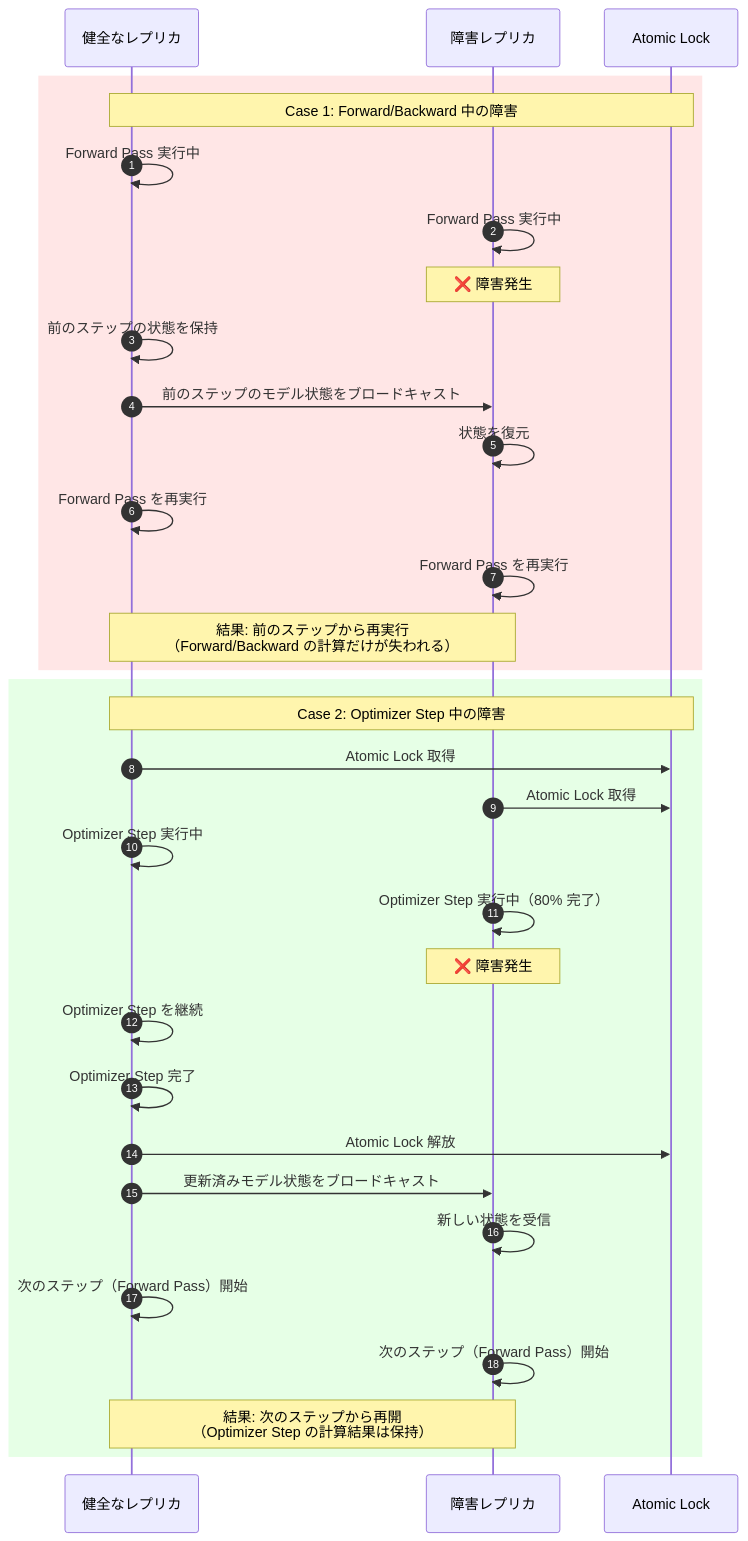
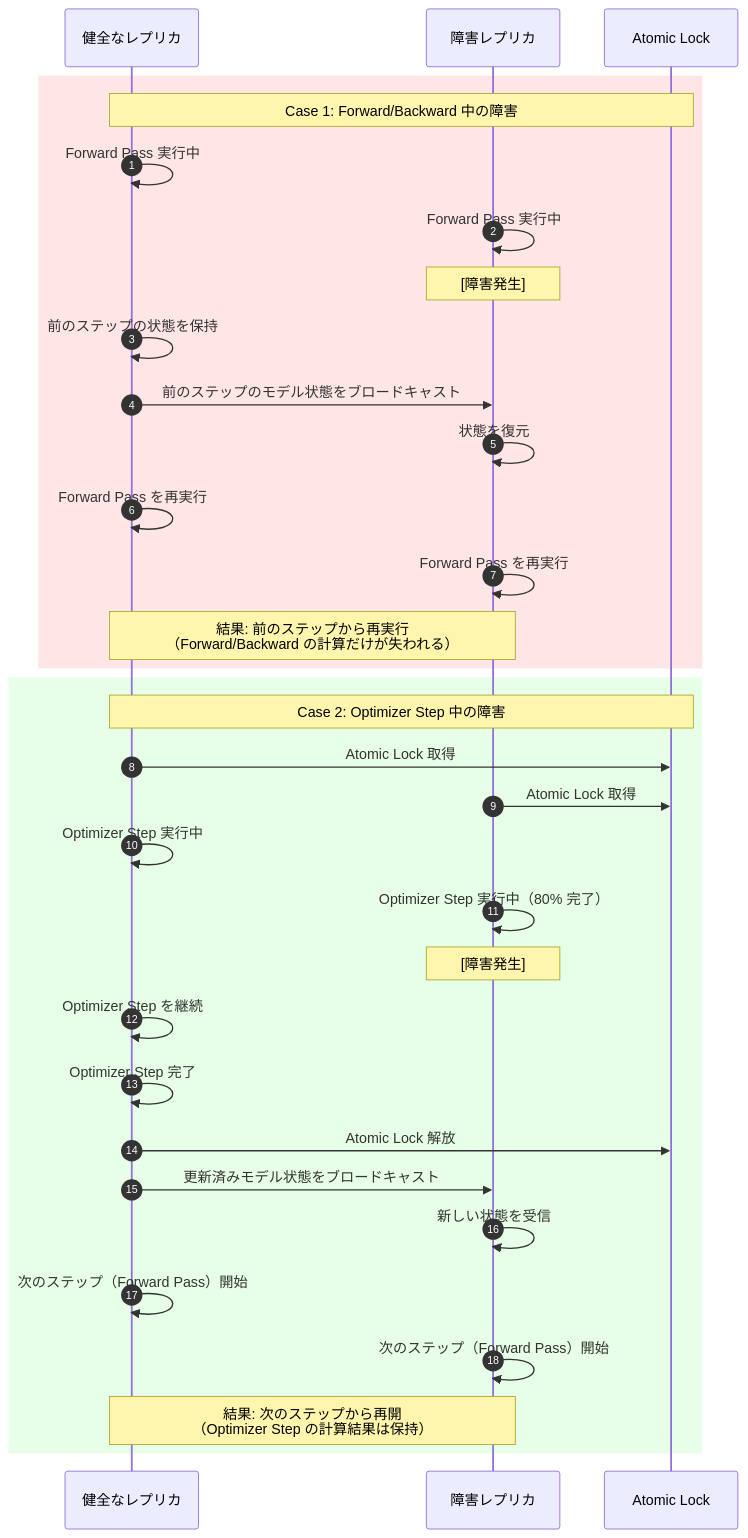
One commit to littlemex/zenn changed the fourth of 6 diagrams in articles/45a746434b2090.md. Above: the diagram before and after it, drawn with Mermaid. The commit also changed other lines of this file, not shown here.

````diff
--- a/articles/45a746434b2090.md
+++ b/articles/45a746434b2090.md
@@ -405,37 +387,37 @@
 ```mermaid
 sequenceDiagram
     autonumber
     participant R1 as 健全なレプリカ
     participant R2 as 障害レプリカ
     participant Lock as Atomic Lock
 
     rect rgb(255, 230, 230)
         Note over R1, Lock: Case 1: Forward/Backward 中の障害
         R1->>R1: Forward Pass 実行中
         R2->>R2: Forward Pass 実行中
-        Note over R2: ❌ 障害発生
+        Note over R2: [障害発生]
         R1->>R1: 前のステップの状態を保持
         R1->>R2: 前のステップのモデル状態をブロードキャスト
         R2->>R2: 状態を復元
         R1->>R1: Forward Pass を再実行
         R2->>R2: Forward Pass を再実行
         Note over R1, R2: 結果: 前のステップから再実行<br/>（Forward/Backward の計算だけが失われる）
     end
 
     rect rgb(230, 255, 230)
         Note over R1, Lock: Case 2: Optimizer Step 中の障害
         R1->>Lock: Atomic Lock 取得
         R2->>Lock: Atomic Lock 取得
         R1->>R1: Optimizer Step 実行中
         R2->>R2: Optimizer Step 実行中（80% 完了）
-        Note over R2: ❌ 障害発生
+        Note over R2: [障害発生]
         R1->>R1: Optimizer Step を継続
         R1->>R1: Optimizer Step 完了
         R1->>Lock: Atomic Lock 解放
         R1->>R2: 更新済みモデル状態をブロードキャスト
         R2->>R2: 新しい状態を受信
         R1->>R1: 次のステップ（Forward Pass）開始
         R2->>R2: 次のステップ（Forward Pass）開始
         Note over R1, R2: 結果: 次のステップから再開<br/>（Optimizer Step の計算結果は保持）
     end
 ```
````
